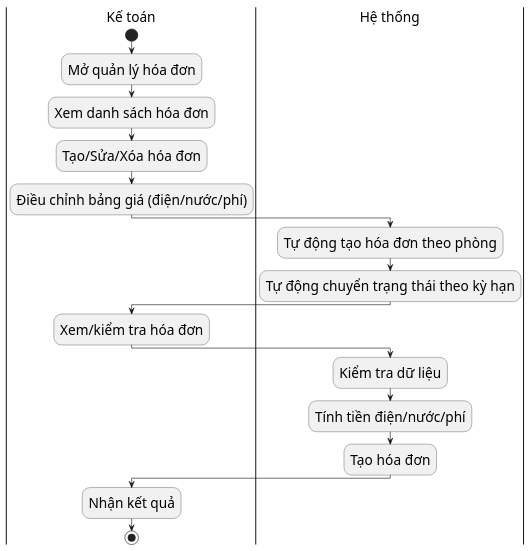
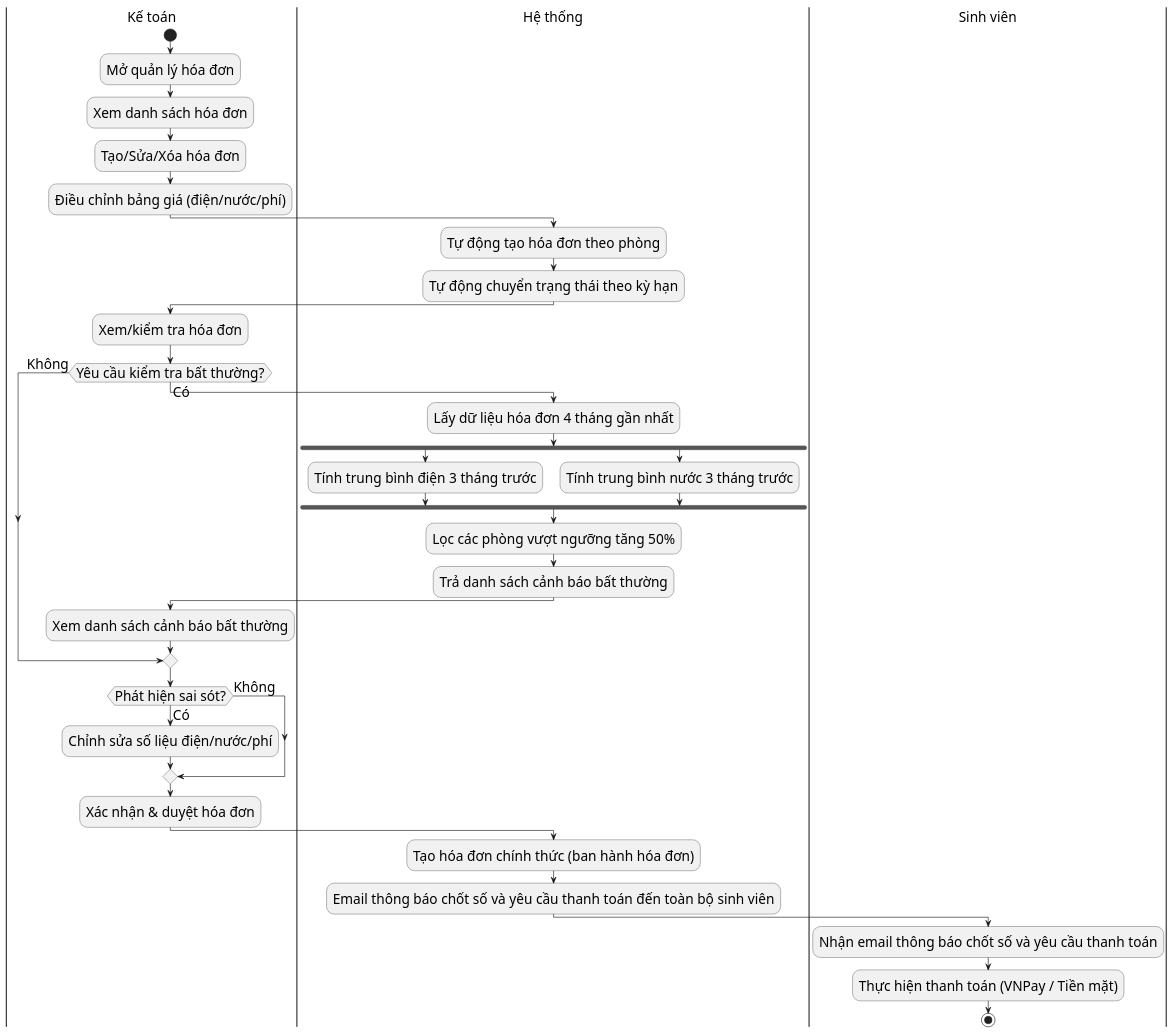
The diagram in diagrams/nhomhoadonthanhtoan/invoice_create_activity.puml (s0nbuildtech287/dormitory-frontend), drawn with PlantUML before and after one commit. The commit also changed 4 other files, not shown here.

```diff
--- a/diagrams/nhomhoadonthanhtoan/invoice_create_activity.puml
+++ b/diagrams/nhomhoadonthanhtoan/invoice_create_activity.puml
@@ -1,22 +1,47 @@
 @startuml "Invoice Management Activity"
 skinparam defaultFontSize 22
 skinparam defaultFontName "Times New Roman"
 |Kế toán|
 start
 :Mở quản lý hóa đơn;
 :Xem danh sách hóa đơn;
 :Tạo/Sửa/Xóa hóa đơn;
 :Điều chỉnh bảng giá (điện/nước/phí);
+
 |Hệ thống|
 :Tự động tạo hóa đơn theo phòng;
 :Tự động chuyển trạng thái theo kỳ hạn;
+
 |Kế toán|
 :Xem/kiểm tra hóa đơn;
+if (Yêu cầu kiểm tra bất thường?) then (Có)
+  |Hệ thống|
+  :Lấy dữ liệu hóa đơn 4 tháng gần nhất;
+  fork
+    :Tính trung bình điện 3 tháng trước;
+  fork again
+    :Tính trung bình nước 3 tháng trước;
+  end fork
+  :Lọc các phòng vượt ngưỡng tăng 50%;
+  :Trả danh sách cảnh báo bất thường;
+  |Kế toán|
+  :Xem danh sách cảnh báo bất thường;
+else (Không)
+endif
+
+|Kế toán|
+if (Phát hiện sai sót?) then (Có)
+  :Chỉnh sửa số liệu điện/nước/phí;
+else (Không)
+endif
+:Xác nhận & duyệt hóa đơn;
+
 |Hệ thống|
-:Kiểm tra dữ liệu;
-:Tính tiền điện/nước/phí;
-:Tạo hóa đơn;
-|Kế toán|
-:Nhận kết quả;
+:Tạo hóa đơn chính thức (ban hành hóa đơn);
+:Email thông báo chốt số và yêu cầu thanh toán đến toàn bộ sinh viên;
+
+|Sinh viên|
+:Nhận email thông báo chốt số và yêu cầu thanh toán;
+:Thực hiện thanh toán (VNPay / Tiền mặt);
 stop
 @enduml
```
